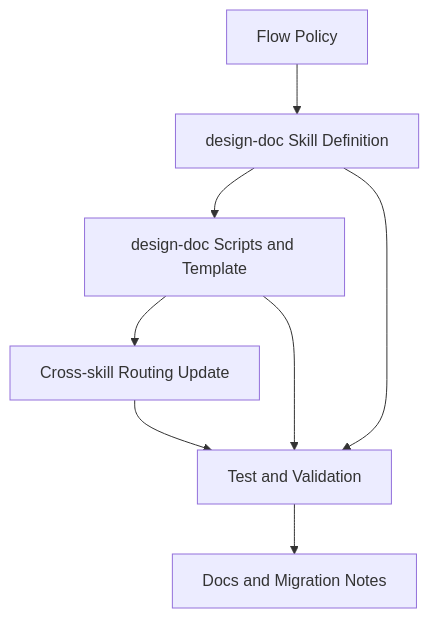
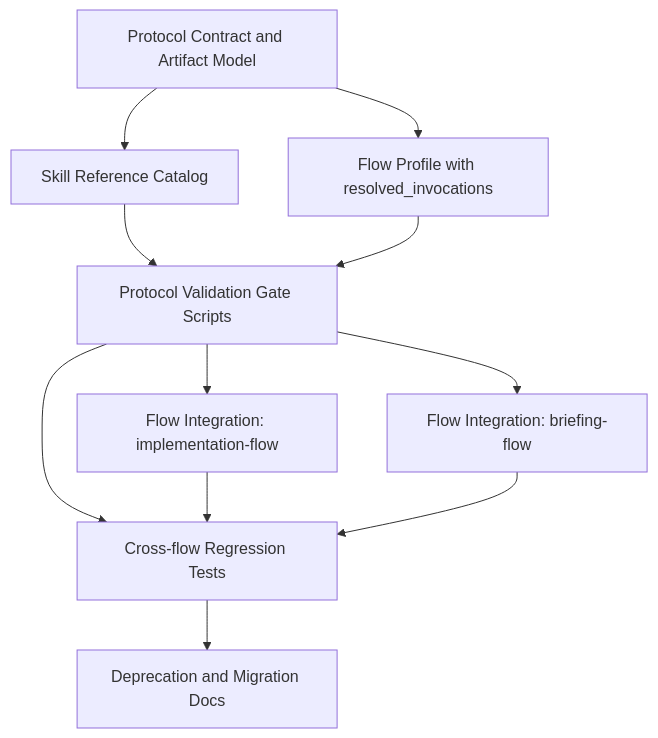
Before and after one commit to scarecrow173/apm-packages: the diagram in packages/doc-driven-dev-apm/tasks/plan.md, drawn with Mermaid. The commit also changed other lines of this file and 1 other file, not shown here.

````diff
--- a/packages/doc-driven-dev-apm/tasks/plan.md
+++ b/packages/doc-driven-dev-apm/tasks/plan.md
@@ -22,10 +31,13 @@
 ```mermaid
 graph TD
-  A[Flow Policy] --> B[design-doc Skill Definition]
-  B --> C[design-doc Scripts and Template]
-  C --> D[Cross-skill Routing Update]
-  D --> E[Test and Validation]
-  B --> E
-  C --> E
-  E --> F[Docs and Migration Notes]
+  A[Protocol Contract and Artifact Model] --> B[Skill Reference Catalog]
+  A --> C[Flow Profile with resolved_invocations]
+  B --> D[Protocol Validation Gate Scripts]
+  C --> D
+  D --> F[Flow Integration: implementation-flow]
+  D --> G[Flow Integration: briefing-flow]
+  D --> H[Cross-flow Regression Tests]
+  F --> H
+  G --> H
+  H --> I[Deprecation and Migration Docs]
 ```
````
